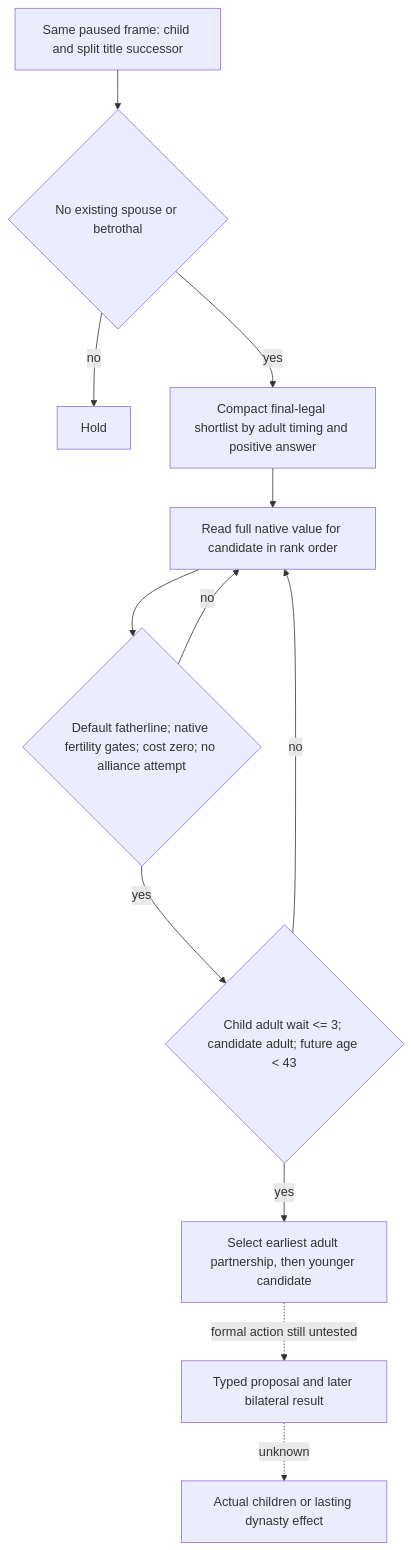
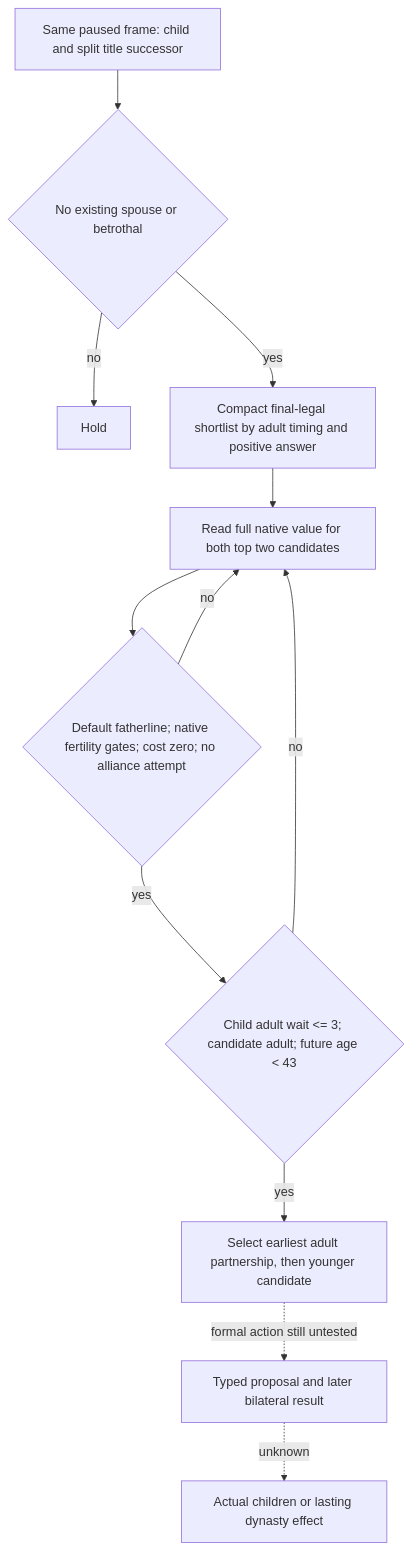
Diagram 18 of 18 in docs/ck3-native-ai/marriage-and-alliance.md (XenoAmess/ck3_eternal_recurrence), drawn with Mermaid before and after one commit. The commit also changed other lines of this file and 2 other files, not shown here.

Commit message:
NW-FAMILY require complete top-two child values

````diff
--- a/docs/ck3-native-ai/marriage-and-alliance.md
+++ b/docs/ck3-native-ai/marriage-and-alliance.md
@@ -1359,14 +1365,14 @@
 ```mermaid
 flowchart TD
     A[Same paused frame: child and split title successor] --> B{No existing spouse or betrothal}
     B -- no --> H[Hold]
     B -- yes --> C[Compact final-legal shortlist by adult timing and positive answer]
-    C --> D[Read full native value for candidate in rank order]
+    C --> D[Read full native value for both top two candidates]
     D --> E{Default fatherline; native fertility gates; cost zero; no alliance attempt}
     E -- no --> D
     E -- yes --> F{Child adult wait <= 3; candidate adult; future age < 43}
     F -- no --> D
     F -- yes --> G[Select earliest adult partnership, then younger candidate]
     G -. formal action still untested .-> I[Typed proposal and later bilateral result]
     I -. unknown .-> J[Actual children or lasting dynasty effect]
 ```
````
